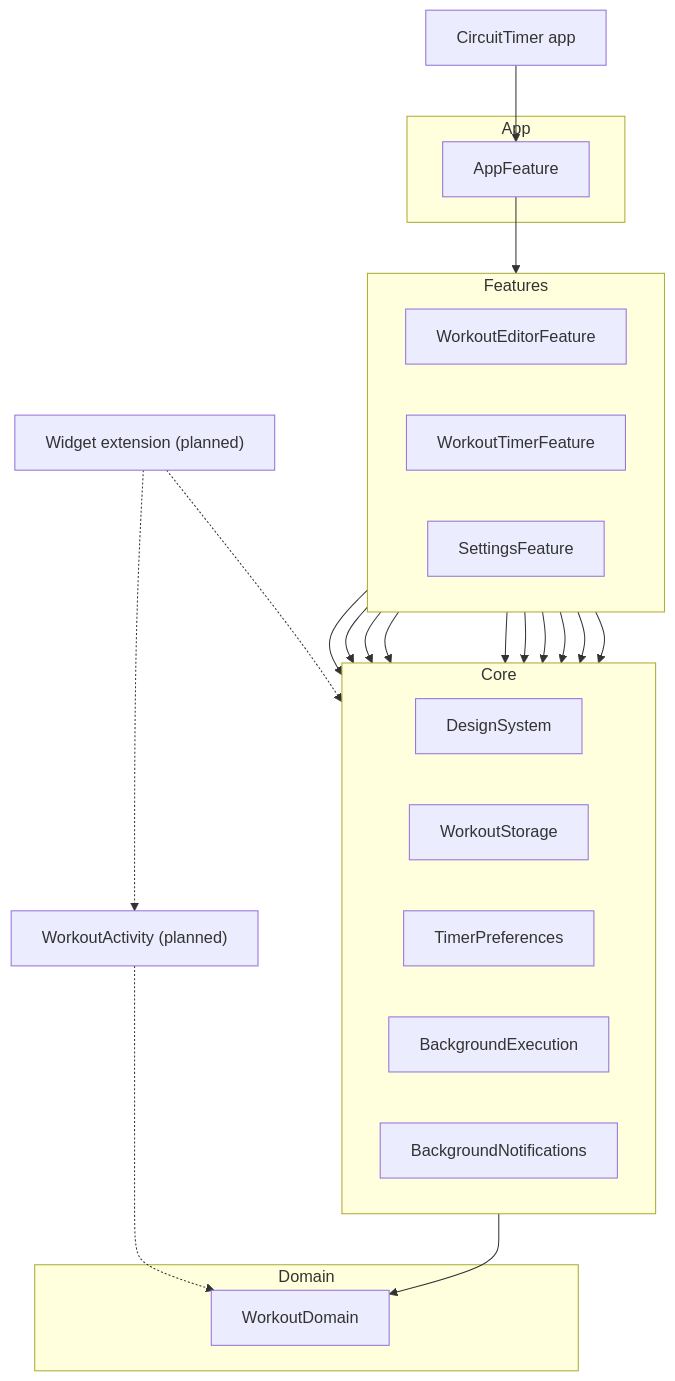
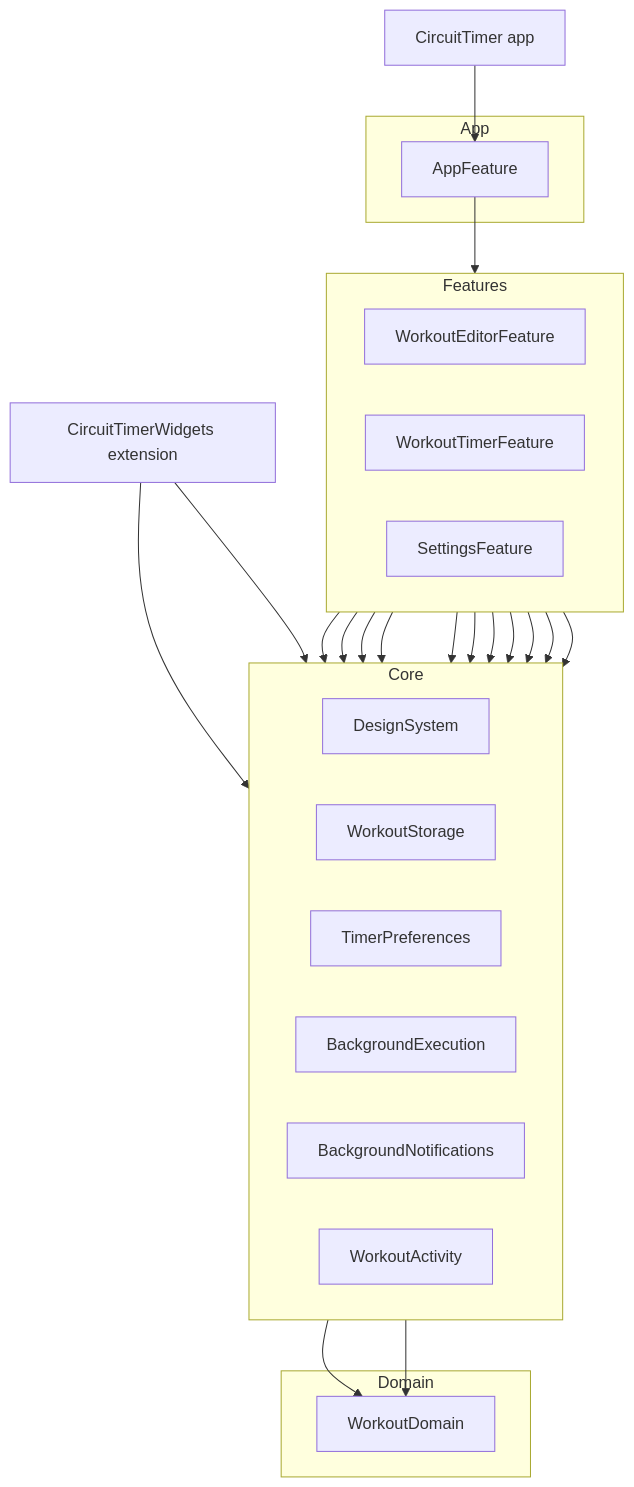
Before and after one commit to akrementsov/CircuitTimer: the diagram in README.md, drawn with Mermaid. The commit also changed other lines of this file and 51 other files, not shown here.

First line of the commit message:
CT-4-1: Show the running workout as a Live Activity (#21)

````diff
--- a/README.md
+++ b/README.md
@@ -24,45 +24,47 @@
 ```mermaid
 flowchart TD
     Shell["CircuitTimer app"] --> AppFeature
 
     subgraph AppLayer["App"]
         AppFeature
     end
 
     subgraph Features
         direction LR
         WorkoutEditorFeature
         WorkoutTimerFeature
         SettingsFeature
     end
 
     subgraph Core
         direction LR
         DesignSystem
         WorkoutStorage
         TimerPreferences
         BackgroundExecution
         BackgroundNotifications
+        WorkoutActivity
     end
 
     subgraph Domain
         WorkoutDomain
     end
 
     AppFeature --> Features
     WorkoutEditorFeature --> DesignSystem
     WorkoutEditorFeature --> WorkoutStorage
     WorkoutTimerFeature --> DesignSystem
     WorkoutTimerFeature --> WorkoutStorage
     WorkoutTimerFeature --> TimerPreferences
     WorkoutTimerFeature --> BackgroundExecution
     SettingsFeature --> DesignSystem
     SettingsFeature --> TimerPreferences
     SettingsFeature --> BackgroundNotifications
     WorkoutTimerFeature --> BackgroundNotifications
+    WorkoutTimerFeature --> WorkoutActivity
     WorkoutStorage --> WorkoutDomain
+    WorkoutActivity --> WorkoutDomain
 
-    Widget["Widget extension (planned)"] -.-> WorkoutActivity["WorkoutActivity (planned)"]
-    Widget -.-> DesignSystem
-    WorkoutActivity -.-> WorkoutDomain
+    Widgets["CircuitTimerWidgets extension"] --> WorkoutActivity
+    Widgets --> DesignSystem
 ```
````
